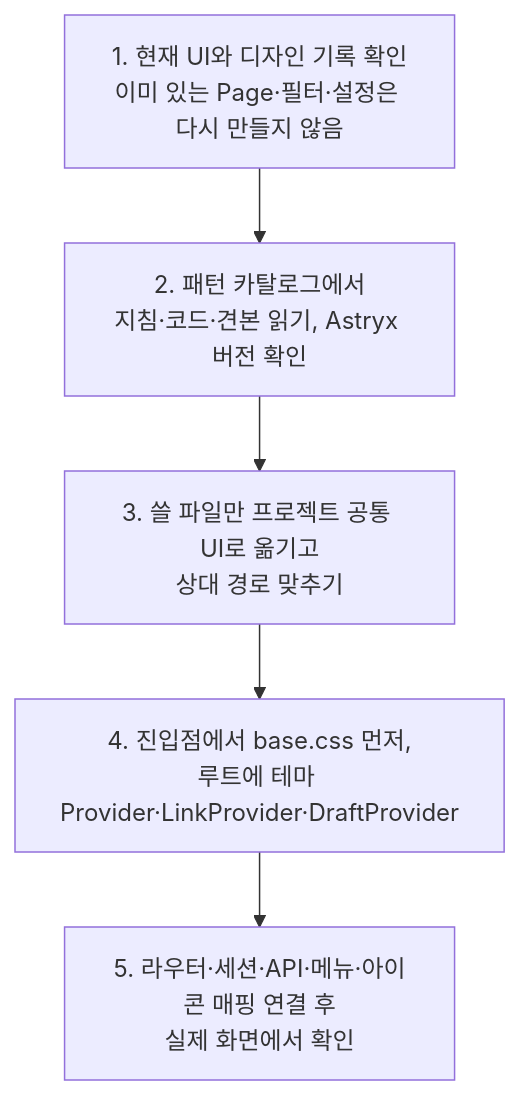
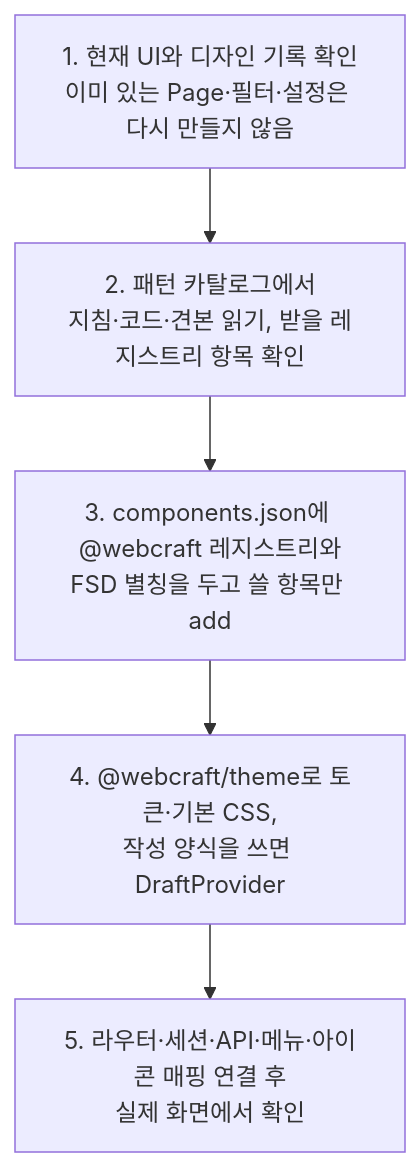
One commit to dev-goraebap/dev.goraebap changed the second of 2 diagrams in apps/site/content/architecture/8-8.mdx. Above: the diagram before and after it, drawn with Mermaid. The commit also changed other lines of this file and 79 other files, not shown here.

First line of the commit message:
Webcraft 디자인 지침과 가이드 해설을 shadcn 기준으로 고쳐 쓴다

````diff
--- a/apps/site/content/architecture/8-8.mdx
+++ b/apps/site/content/architecture/8-8.mdx
@@ -80,7 +80,7 @@
 ```mermaid
 flowchart TB
-  A["1. 현재 UI와 디자인 기록 확인<br/>이미 있는 Page·필터·설정은 다시 만들지 않음"] --> B["2. 패턴 카탈로그에서<br/>지침·코드·견본 읽기, Astryx 버전 확인"]
-  B --> C["3. 쓸 파일만 프로젝트 공통 UI로 옮기고<br/>상대 경로 맞추기"]
-  C --> D["4. 진입점에서 base.css 먼저,<br/>루트에 테마 Provider·LinkProvider·DraftProvider"]
+  A["1. 현재 UI와 디자인 기록 확인<br/>이미 있는 Page·필터·설정은 다시 만들지 않음"] --> B["2. 패턴 카탈로그에서<br/>지침·코드·견본 읽기, 받을 레지스트리 항목 확인"]
+  B --> C["3. components.json에 @webcraft 레지스트리와<br/>FSD 별칭을 두고 쓸 항목만 add"]
+  C --> D["4. @webcraft/theme로 토큰·기본 CSS,<br/>작성 양식을 쓰면 DraftProvider"]
   D --> E["5. 라우터·세션·API·메뉴·아이콘 매핑 연결 후<br/>실제 화면에서 확인"]
 ```
````
